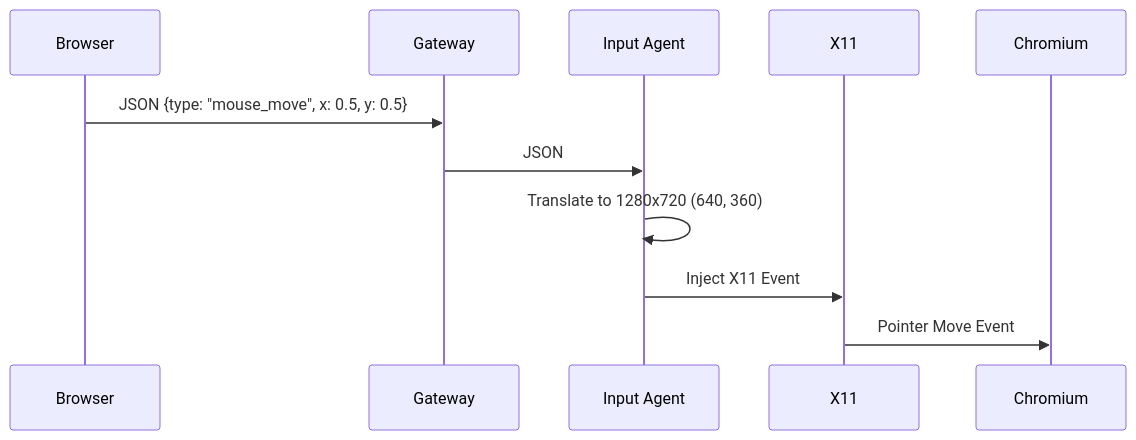
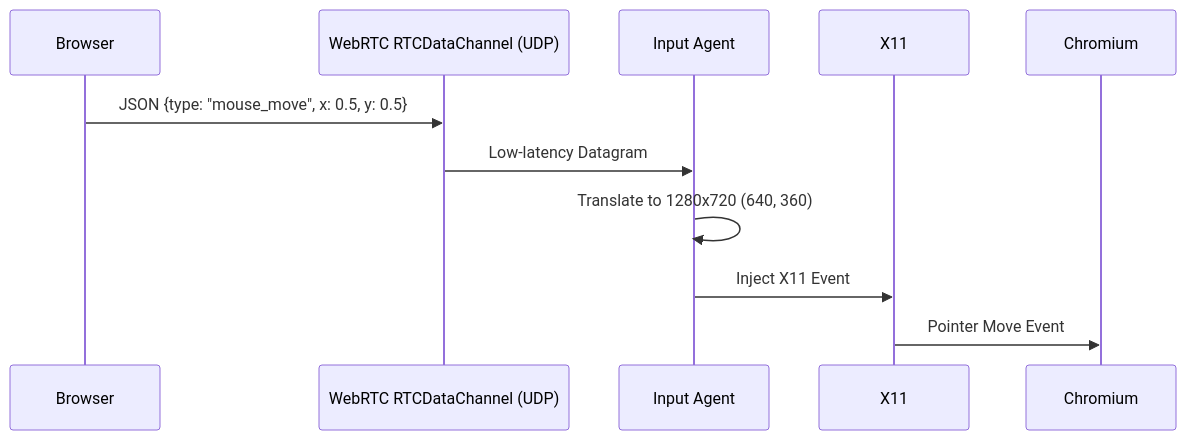
Before and after one commit to Rahulwagh07/orbit: the eighth of 12 diagrams in docs/architecture.md, drawn with Mermaid. The commit also changed other lines of this file, not shown here.

Commit message:
docs: update architecture diagrams for WebRTC streaming and input data channel

````diff
--- a/docs/architecture.md
+++ b/docs/architecture.md
@@ -136,13 +136,13 @@
 ```mermaid
 sequenceDiagram
     participant Browser as Browser
-    participant Gateway
+    participant RTCDataChannel as WebRTC RTCDataChannel (UDP)
     participant InputAgent as Input Agent
     participant X11
 
-    Browser->>Gateway: JSON {type: "mouse_move", x: 0.5, y: 0.5}
-    Gateway->>InputAgent: JSON
+    Browser->>RTCDataChannel: JSON {type: "mouse_move", x: 0.5, y: 0.5}
+    RTCDataChannel->>InputAgent: Low-latency Datagram
     InputAgent->>InputAgent: Translate to 1280x720 (640, 360)
     InputAgent->>X11: Inject X11 Event
     X11->>Chromium: Pointer Move Event
 ```
````
